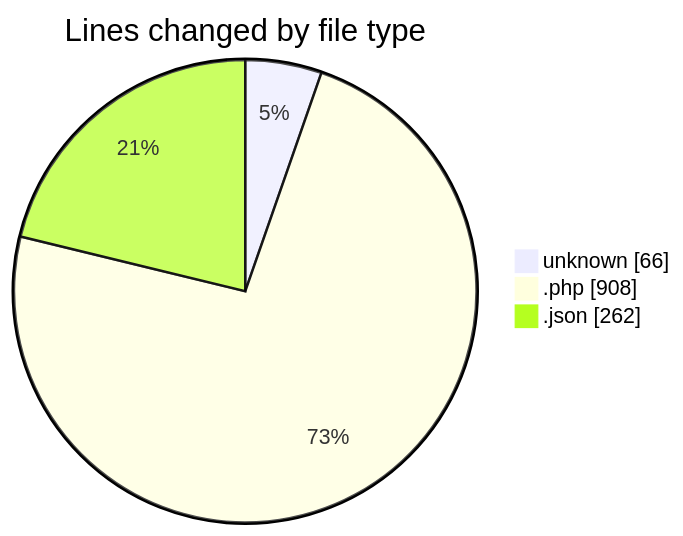
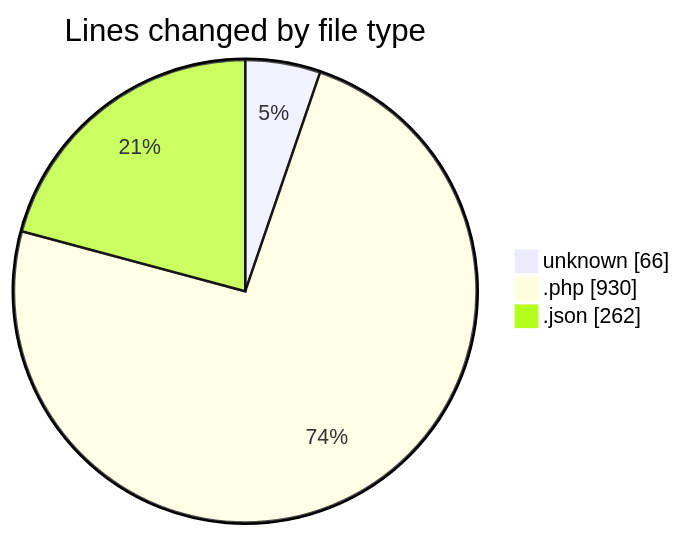
The first of 2 diagrams in 2025-11-08/futsal/README.md (idhammustaqopulfikri/code-tracking), drawn with Mermaid before and after one commit. The commit also changed other lines of this file and 1 other file, not shown here.

````diff
--- a/2025-11-08/futsal/README.md
+++ b/2025-11-08/futsal/README.md
@@ -31,7 +32,7 @@
 ```mermaid
 pie showData
 title Lines changed by file type
 "unknown" : 66
-".php" : 908
+".php" : 930
 ".json" : 262
 ```
````
